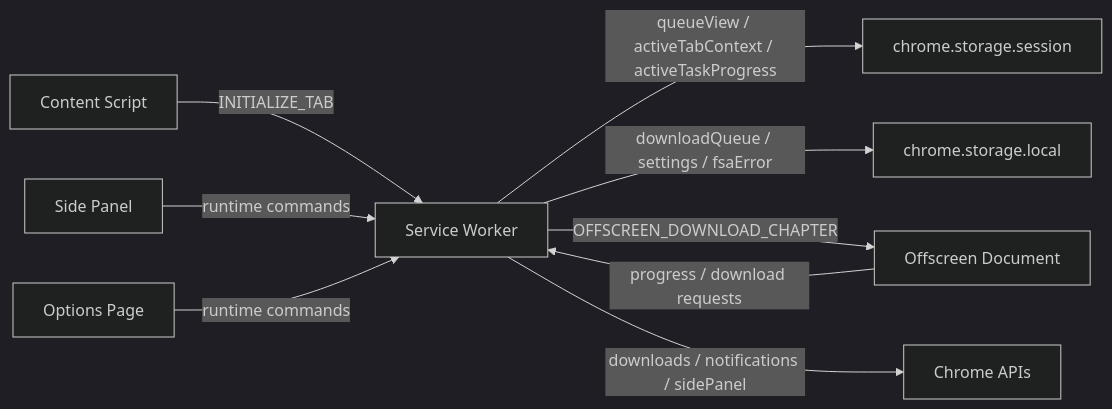
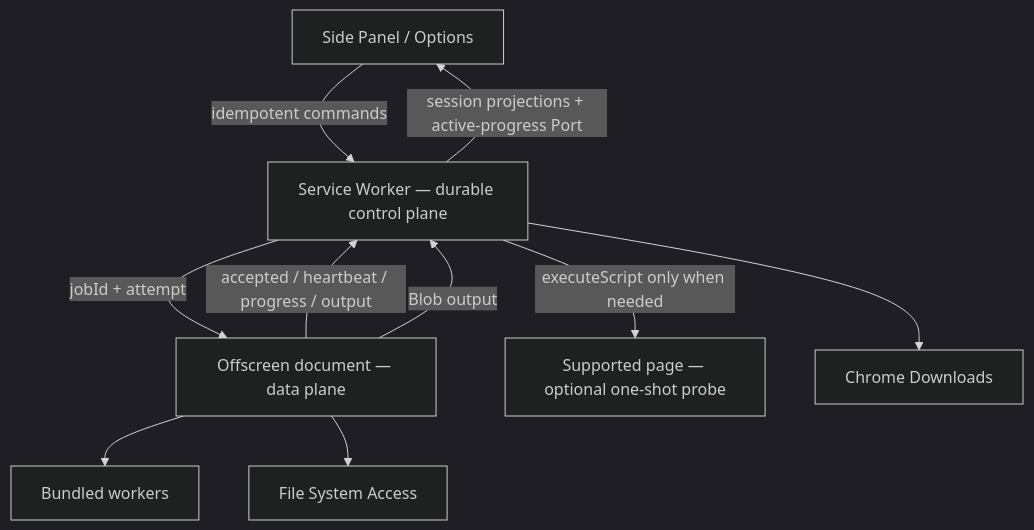
Before and after one commit to oovz/Tako: the diagram in wiki/Architecture.md, drawn with Mermaid (dark theme). The commit also changed other lines of this file and 15 other files, not shown here.

Commit message:
docs: align extension architecture and usage

````diff
--- a/wiki/Architecture.md
+++ b/wiki/Architecture.md
@@ -9,11 +9,20 @@
 ```mermaid
-flowchart LR
-  CS["Content Script"] -->|INITIALIZE_TAB| SW["Service Worker"]
-  SP["Side Panel"] -->|runtime commands| SW
-  OP["Options Page"] -->|runtime commands| SW
-  SW -->|queueView / activeTabContext / activeTaskProgress| SS["chrome.storage.session"]
-  SW -->|downloadQueue / settings / fsaError| LS["chrome.storage.local"]
-  SW -->|OFFSCREEN_DOWNLOAD_CHAPTER| OS["Offscreen Document"]
-  OS -->|progress / download requests| SW
-  SW -->|downloads / notifications / sidePanel| CHROME["Chrome APIs"]
+flowchart TD
+  UI["Side Panel / Options"]
+  SW["Service Worker — durable control plane"]
+  OS["Offscreen document — data plane"]
+  WK["Bundled workers"]
+  PAGE["Supported page — optional one-shot probe"]
+  CHROME["Chrome Downloads"]
+  FSA["File System Access"]
+
+  UI -->|"idempotent commands"| SW
+  SW -->|"session projections + active-progress Port"| UI
+  SW -->|"jobId + attempt"| OS
+  OS -->|"accepted / heartbeat / progress / output"| SW
+  OS --> WK
+  SW -->|"executeScript only when needed"| PAGE
+  OS -->|"Blob output"| SW
+  SW --> CHROME
+  OS --> FSA
 ```
````
